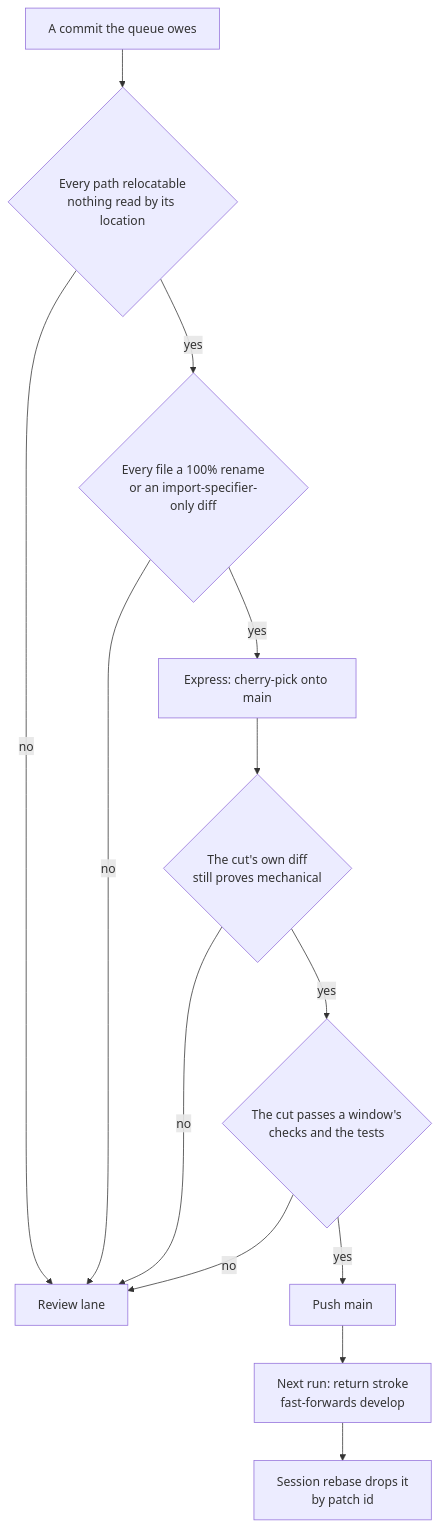
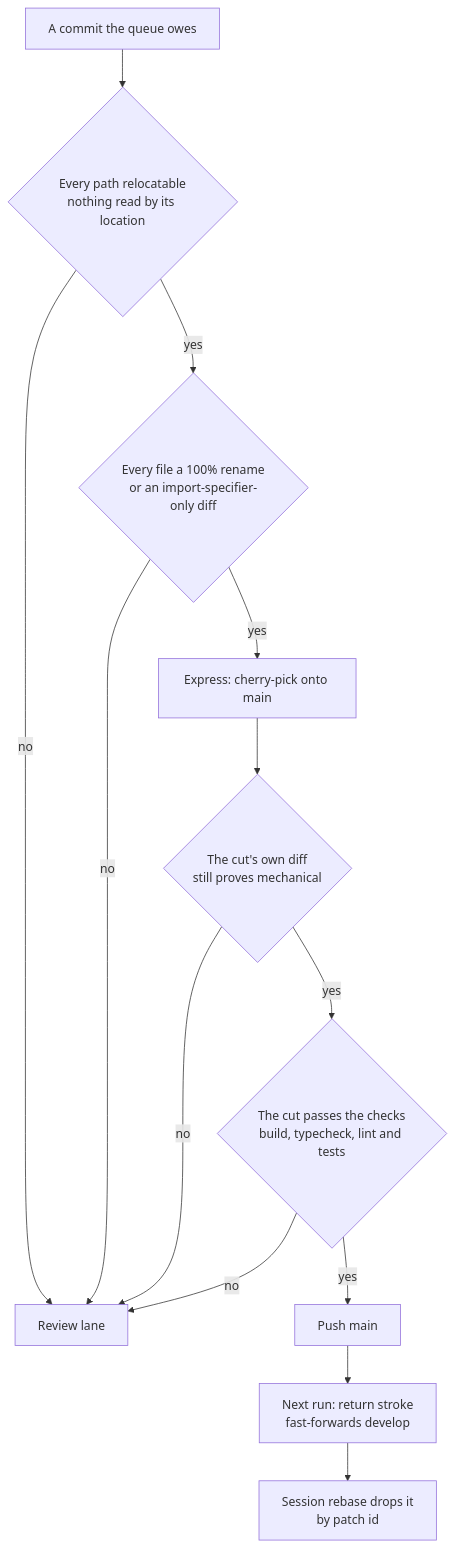
Before and after one commit to Esposter/Esposter: the diagram in apps/web/content/docs/infra/review-collector/express-lane.md, drawn with Mermaid. The commit also changed other lines of this file and 14 other files, not shown here.

````diff
--- a/apps/web/content/docs/infra/review-collector/express-lane.md
+++ b/apps/web/content/docs/infra/review-collector/express-lane.md
@@ -22,15 +22,15 @@
 ```mermaid
 flowchart TD
   C[A commit the queue owes] --> L{Every path relocatable<br/>nothing read by its location}
   L -->|no| RV[Review lane]
   L -->|yes| D{Every file a 100% rename<br/>or an import-specifier-only diff}
   D -->|no| RV
   D -->|yes| EX[Express: cherry-pick onto main]
   EX --> P{The cut's own diff<br/>still proves mechanical}
   P -->|no| RV
-  P -->|yes| V{The cut passes a window's<br/>checks and the tests}
+  P -->|yes| V{The cut passes the checks<br/>build, typecheck, lint and tests}
   V -->|no| RV
   V -->|yes| PU[Push main]
   PU --> FF[Next run: return stroke<br/>fast-forwards develop]
   FF --> RB[Session rebase drops it<br/>by patch id]
 ```
````
